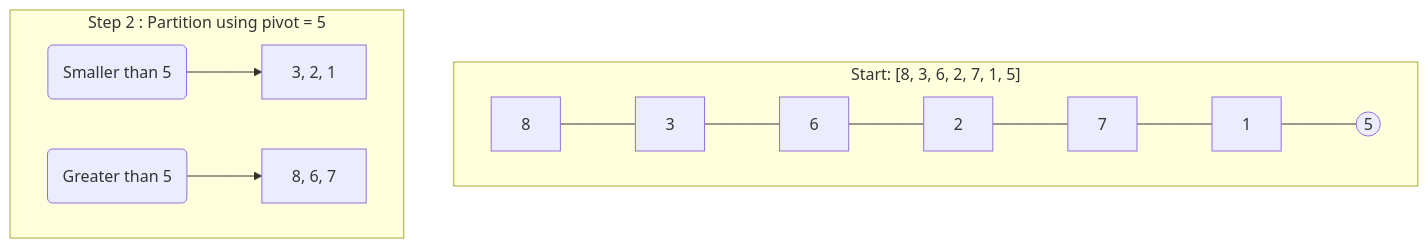
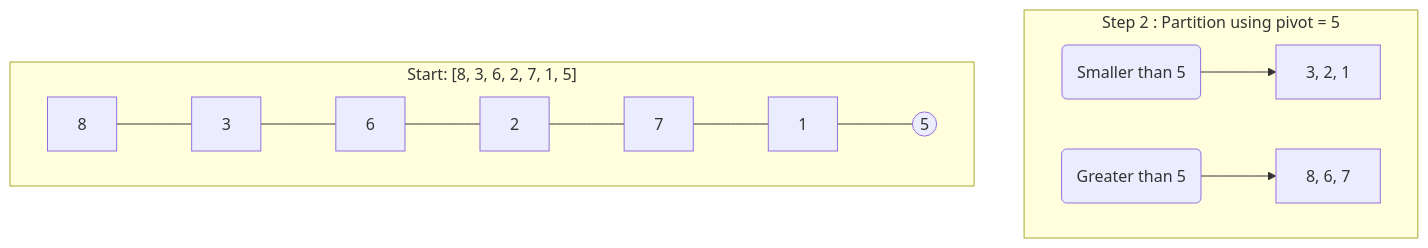
Before and after one commit to manishrnl/DSA-Practice-Problem: diagram 11 of 12 in 06 Sorting/README.md, drawn with Mermaid. The commit also changed other lines of this file and 5 other files, not shown here.

````diff
--- a/06 Sorting/README.md
+++ b/06 Sorting/README.md
@@ -290,14 +392,14 @@
 ```mermaid
 graph TD
 classDef largeFont font-size:25px, font-weight:bold;
 
-subgraph "Start: [8, 3, 6, 2, 7, 1, 5]"
-A[8] --- B[3] --- C[6] --- D[2] --- E[7] --- F[1] --- G((5))
-end
-
-subgraph "Step 2 : Partition using pivot = 5"
-H(Smaller than 5) --> I[3, 2, 1]
-J(Greater than 5) --> K[8, 6, 7]
+    subgraph "Step 2 : Partition using pivot = 5"
+        H(Smaller than 5) --> I[3, 2, 1]
+        J(Greater than 5) --> K[8, 6, 7]
+    end
+        subgraph "Start: [8, 3, 6, 2, 7, 1, 5]"
+        A[8] --- B[3] --- C[6] --- D[2] --- E[7] --- F[1] --- G((5))
+    
 end
 
 ```
````
